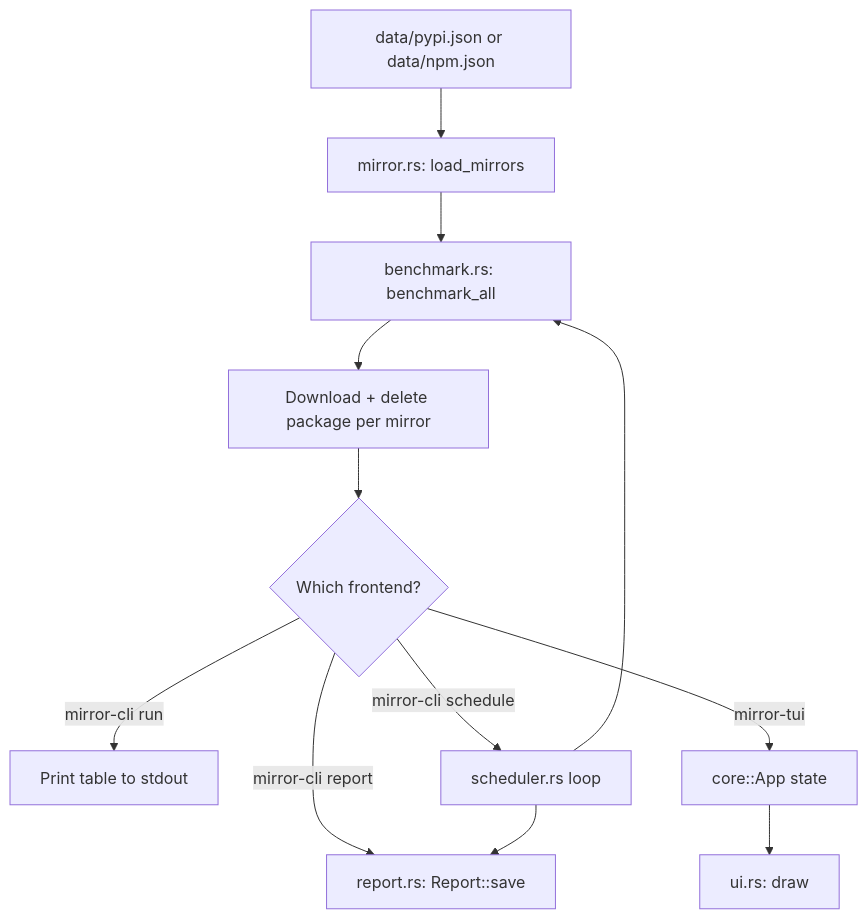
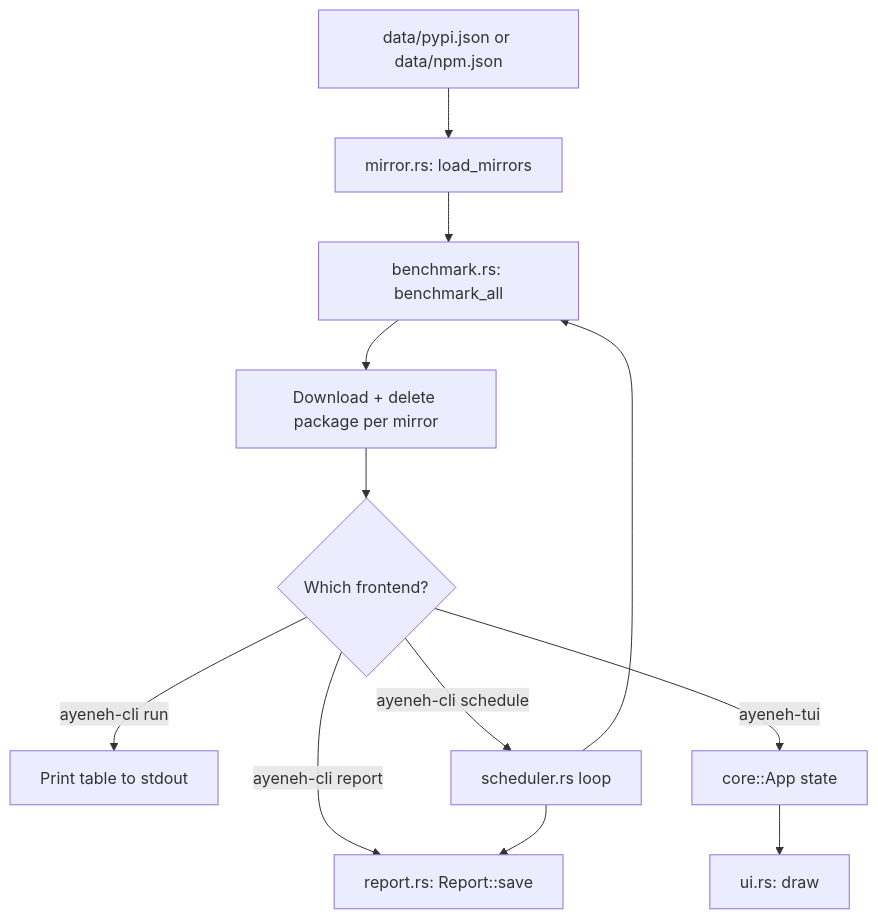
Before and after one commit to pasta-engineers/ayeneh: the diagram in ARCHITECTURE.md, drawn with Mermaid. The commit also changed other lines of this file and 12 other files, not shown here.

Commit message:
chore: change mirror name to ayeneh

````diff
--- a/ARCHITECTURE.md
+++ b/ARCHITECTURE.md
@@ -71,14 +71,14 @@
 ```mermaid
 flowchart TD
     A[data/pypi.json or data/npm.json] --> B[mirror.rs: load_mirrors]
     B --> C[benchmark.rs: benchmark_all]
     C --> J[Download + delete package per mirror]
     J --> D{Which frontend?}
-    D -->|mirror-cli run| E[Print table to stdout]
-    D -->|mirror-cli report| H[report.rs: Report::save]
-    D -->|mirror-cli schedule| I[scheduler.rs loop]
-    D -->|mirror-tui| F[core::App state]
+    D -->|ayeneh-cli run| E[Print table to stdout]
+    D -->|ayeneh-cli report| H[report.rs: Report::save]
+    D -->|ayeneh-cli schedule| I[scheduler.rs loop]
+    D -->|ayeneh-tui| F[core::App state]
     F --> G[ui.rs: draw]
     I --> C
     I --> H
 ```
````
